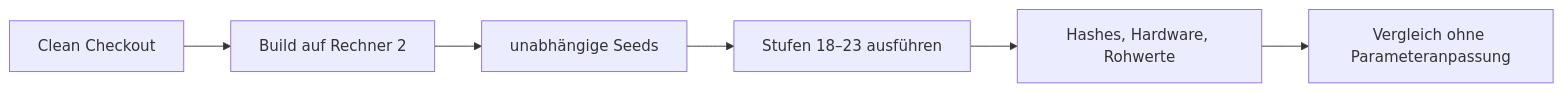
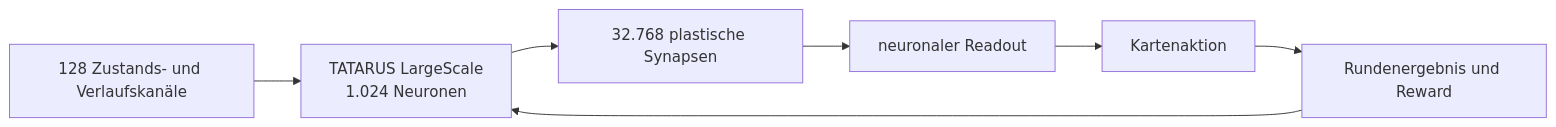
One commit to kruemmel-python/TATARUS changed diagram 11 of 11 in Whitepaper_DE.md. Above: the diagram before and after it, drawn with Mermaid. The commit also changed other lines of this file and 1 other file, not shown here.

````diff
--- a/Whitepaper_DE.md
+++ b/Whitepaper_DE.md
@@ -1102,8 +1052,9 @@
 ```mermaid
 flowchart LR
-    C["Clean Checkout"] --> B["Build auf Rechner 2"]
-    B --> S["unabhängige Seeds"]
-    S --> R["Stufen 18–23 ausführen"]
-    R --> H["Hashes, Hardware, Rohwerte"]
-    H --> V["Vergleich ohne Parameteranpassung"]
+    O["128 Zustands- und Verlaufskanäle"] --> N["TATARUS LargeScale\n1.024 Neuronen"]
+    N --> S["32.768 plastische Synapsen"]
+    S --> R["neuronaler Readout"]
+    R --> A["Kartenaktion"]
+    A --> E["Rundenergebnis und Reward"]
+    E --> N
 ```
````
